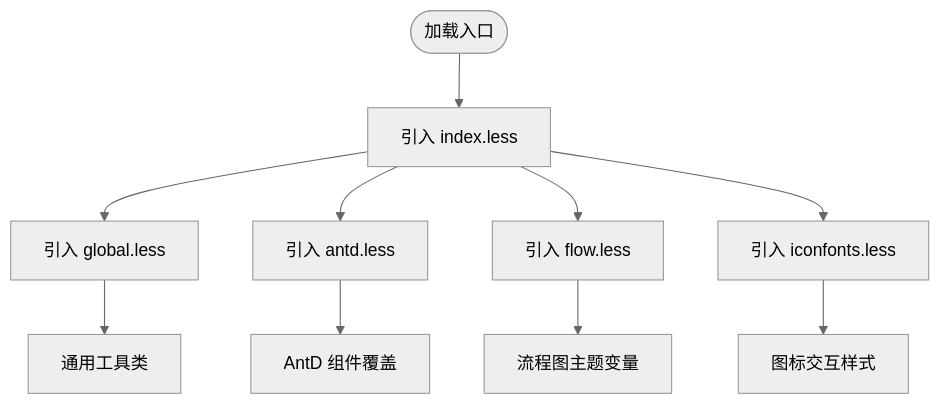
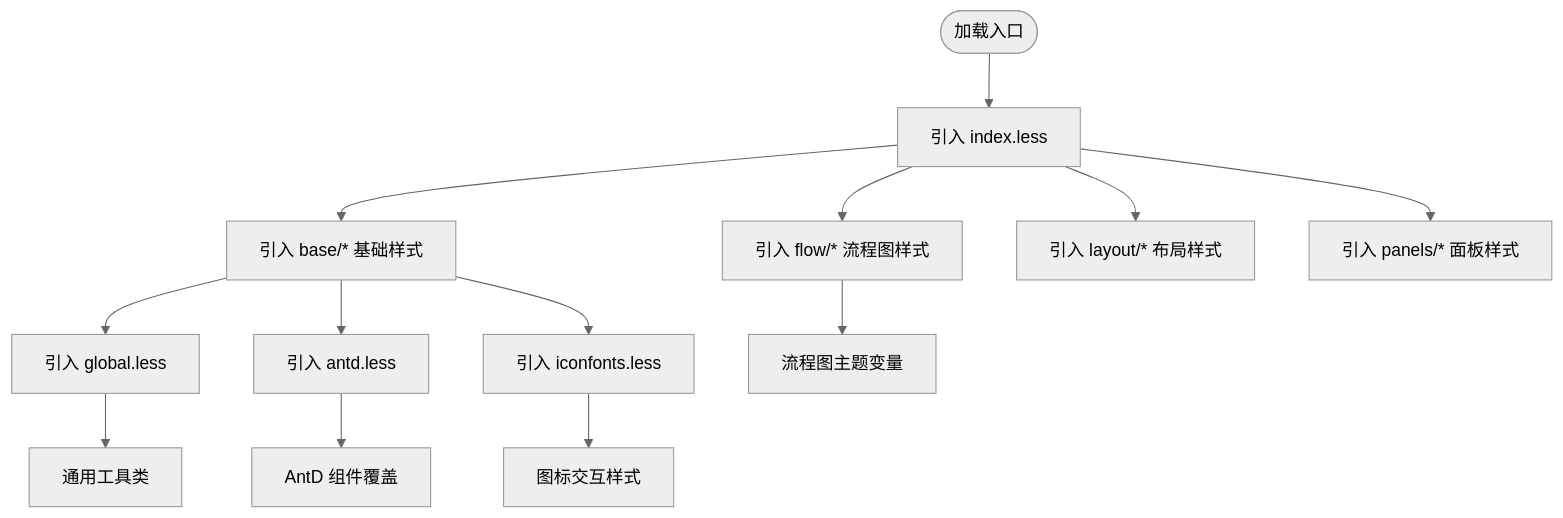
The third of 6 diagrams in .qoder/repowiki/zh/content/开发者指南/代码结构说明/前端架构设计/样式系统设计.md (kqcoxn/MaaPipelineEditor), drawn with Mermaid (neutral theme) before and after one commit. The commit also changed other lines of this file and 19 other files, not shown here.

````diff
--- a/.qoder/repowiki/zh/content/开发者指南/代码结构说明/前端架构设计/样式系统设计.md
+++ b/.qoder/repowiki/zh/content/开发者指南/代码结构说明/前端架构设计/样式系统设计.md
@@ -155,12 +195,15 @@
 ```mermaid
 flowchart TD
 Start(["加载入口"]) --> ImportIndex["引入 index.less"]
-ImportIndex --> ImportGlobal["引入 global.less"]
-ImportIndex --> ImportAntd["引入 antd.less"]
-ImportIndex --> ImportFlow["引入 flow.less"]
-ImportIndex --> ImportIcons["引入 iconfonts.less"]
+ImportIndex --> ImportBase["引入 base/* 基础样式"]
+ImportBase --> ImportGlobal["引入 global.less"]
+ImportBase --> ImportAntd["引入 antd.less"]
+ImportBase --> ImportIcons["引入 iconfonts.less"]
+ImportIndex --> ImportFlow["引入 flow/* 流程图样式"]
+ImportIndex --> ImportLayout["引入 layout/* 布局样式"]
+ImportIndex --> ImportPanels["引入 panels/* 面板样式"]
 ImportGlobal --> Utils["通用工具类"]
 ImportAntd --> AntdFixes["AntD 组件覆盖"]
 ImportFlow --> FlowTheme["流程图主题变量"]
 ImportIcons --> IconHover["图标交互样式"]
 ```
````
